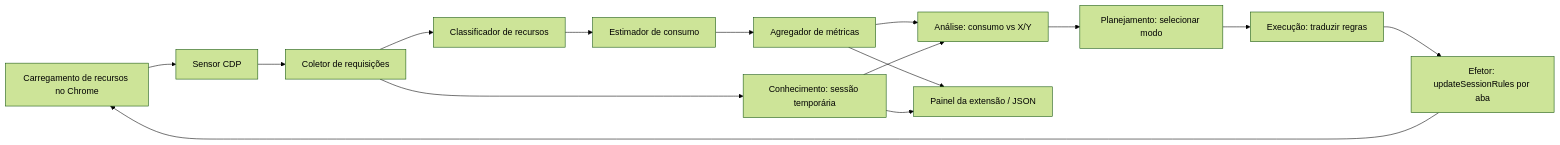
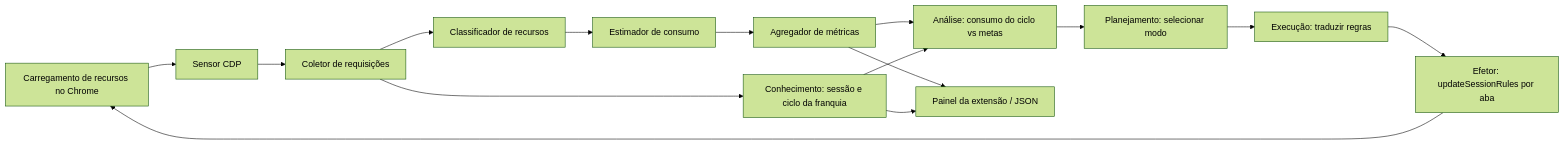
Before and after one commit to CyberNicky/chrome-adaptive-monitor: the diagram in docs/ARQUITETURA.md, drawn with Mermaid (forest theme). The commit also changed other lines of this file and 22 other files, not shown here.

Commit message:
Configura ciclos da franquia e renova o consumo automaticamente

````diff
--- a/docs/ARQUITETURA.md
+++ b/docs/ARQUITETURA.md
@@ -7,17 +7,17 @@
 ```mermaid
 flowchart LR
     Chrome[Carregamento de recursos no Chrome] --> Sensor[Sensor CDP]
     Sensor --> Coletor[Coletor de requisições]
     Coletor --> Classificador[Classificador de recursos]
     Classificador --> Estimador[Estimador de consumo]
     Estimador --> Agregador[Agregador de métricas]
-    Coletor --> Conhecimento[Conhecimento: sessão temporária]
-    Agregador --> Analise[Análise: consumo vs X/Y]
+    Coletor --> Conhecimento[Conhecimento: sessão e ciclo da franquia]
+    Agregador --> Analise[Análise: consumo do ciclo vs metas]
     Conhecimento --> Analise
     Analise --> Plano[Planejamento: selecionar modo]
     Plano --> Execucao[Execução: traduzir regras]
     Execucao --> Efetor[Efetor: updateSessionRules por aba]
     Efetor --> Chrome
     Agregador --> Painel[Painel da extensão / JSON]
     Conhecimento --> Painel
 ```
````
